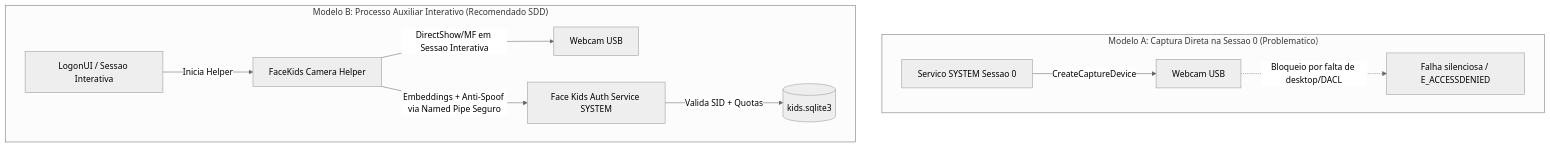
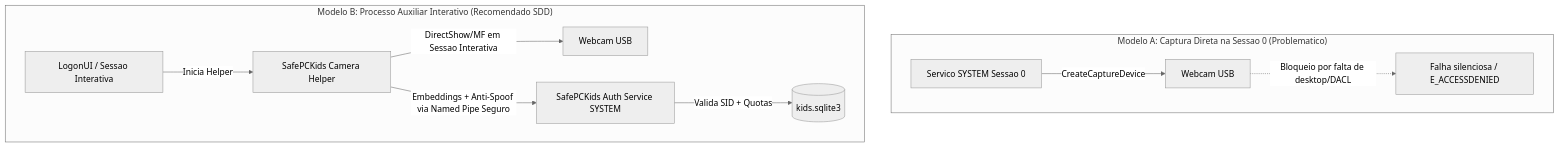
One commit to marquimRcc/FaceControlKidsPC changed the diagram in specs/m2-camera-sessao/tasks.md. Above: the diagram before and after it, drawn with Mermaid (neutral theme). The commit also changed 499 other files, not shown here.

Commit message:
feat: renomear produto de FaceKids/FaceControlKidsPC para SafePCKids

````diff
--- a/specs/m2-camera-sessao/tasks.md
+++ b/specs/m2-camera-sessao/tasks.md
@@ -18,14 +18,14 @@
 ```mermaid
 graph TD
     subgraph "Modelo A: Captura Direta na Sessao 0 (Problematico)"
         S0[Servico SYSTEM Sessao 0] -->|CreateCaptureDevice| USB1[Webcam USB]
         USB1 -.->|Bloqueio por falta de desktop/DACL| S0_FAIL[Falha silenciosa / E_ACCESSDENIED]
     end
 
     subgraph "Modelo B: Processo Auxiliar Interativo (Recomendado SDD)"
-        LUI[LogonUI / Sessao Interativa] -->|Inicia Helper| HLP[FaceKids Camera Helper]
+        LUI[LogonUI / Sessao Interativa] -->|Inicia Helper| HLP[SafePCKids Camera Helper]
         HLP -->|DirectShow/MF em Sessao Interativa| USB2[Webcam USB]
-        HLP -->|Embeddings + Anti-Spoof via Named Pipe Seguro| S0_AUTH[Face Kids Auth Service SYSTEM]
+        HLP -->|Embeddings + Anti-Spoof via Named Pipe Seguro| S0_AUTH[SafePCKids Auth Service SYSTEM]
         S0_AUTH -->|Valida SID + Quotas| DB[(kids.sqlite3)]
     end
 ```
````
